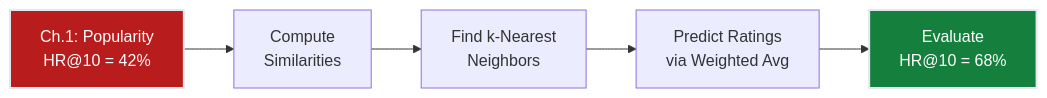
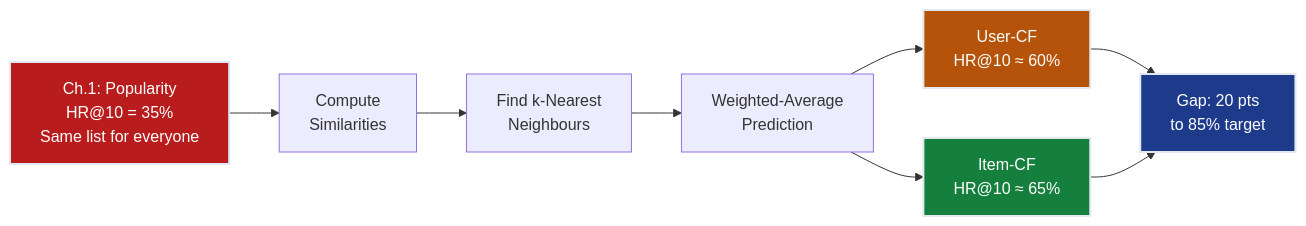
Before and after one commit to deepakshamsft/ai-portfolio: the first of 3 diagrams in notes/01-ml/04_recommender_systems/ch02_collaborative_filtering/README.md, drawn with Mermaid. The commit also changed other lines of this file and 727 other files, not shown here.

````diff
--- a/notes/01-ml/04_recommender_systems/ch02_collaborative_filtering/README.md
+++ b/notes/01-ml/04_recommender_systems/ch02_collaborative_filtering/README.md
@@ -41,10 +41,15 @@
 ```mermaid
 flowchart LR
-    POP["Ch.1: Popularity<br/>HR@10 = 42%"] --> SIM["Compute<br/>Similarities"]
-    SIM --> NEIGH["Find k-Nearest<br/>Neighbors"]
-    NEIGH --> PRED["Predict Ratings<br/>via Weighted Avg"]
-    PRED --> EVAL["Evaluate<br/>HR@10 = 68%"]
-    
+    POP["Ch.1: Popularity<br/>HR@10 = 35%<br/>Same list for everyone"] --> SIM["Compute<br/>Similarities"]
+    SIM --> NEIGH["Find k-Nearest<br/>Neighbours"]
+    NEIGH --> PRED["Weighted-Average<br/>Prediction"]
+    PRED --> UCF["User-CF<br/>HR@10 ≈ 60%"]
+    PRED --> ICF["Item-CF<br/>HR@10 ≈ 65%"]
+    UCF --> GAP["Gap: 20 pts<br/>to 85% target"]
+    ICF --> GAP
+
     style POP fill:#b91c1c,stroke:#e2e8f0,stroke-width:2px,color:#ffffff
-    style EVAL fill:#15803d,stroke:#e2e8f0,stroke-width:2px,color:#ffffff
+    style UCF fill:#b45309,stroke:#e2e8f0,stroke-width:2px,color:#ffffff
+    style ICF fill:#15803d,stroke:#e2e8f0,stroke-width:2px,color:#ffffff
+    style GAP fill:#1e3a8a,stroke:#e2e8f0,stroke-width:2px,color:#ffffff
 ```
````
